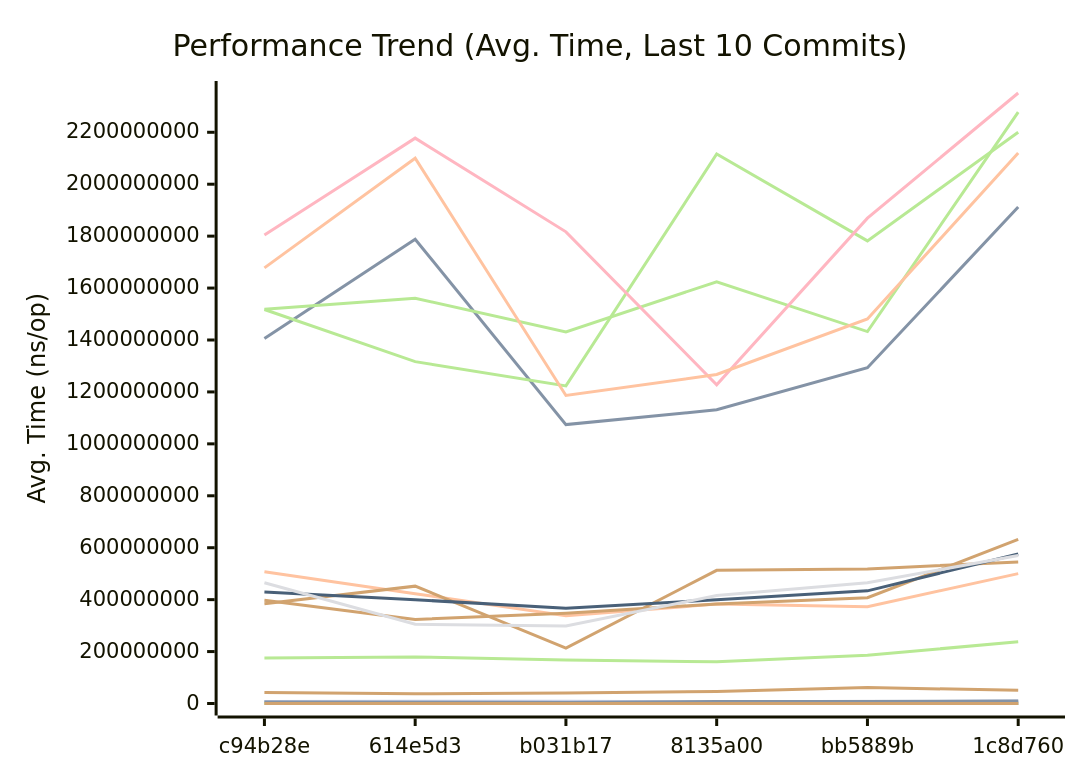
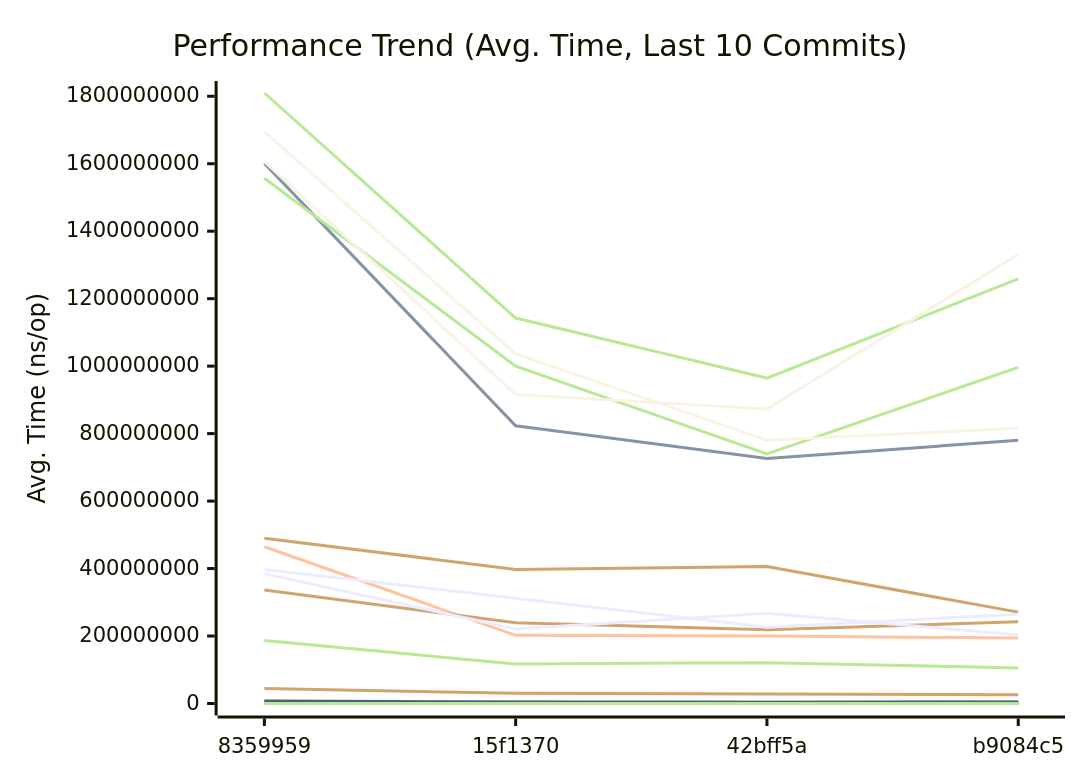
The first of 3 diagrams in docs/REFERENCE/PERFORMANCE.md (alsotoes/momo), drawn with Mermaid before and after one commit. The commit also changed other lines of this file and 3 other files, not shown here.

````diff
--- a/docs/REFERENCE/PERFORMANCE.md
+++ b/docs/REFERENCE/PERFORMANCE.md
@@ -303,53 +335,62 @@
 ```mermaid
 xychart-beta
     title "Performance Trend (Avg. Time, Last 10 Commits)"
     x-axis "Commit"
     y-axis "Avg. Time (ns/op)"
-    x-axis [c94b28e,614e5d3,b031b17,8135a00,bb5889b,1c8d760]
-    line "AdaptivePutBlob64KiB" [0,0,0,0,0,0,0,0,0,17]
-    line "AWSChunkedReaderSigned" [680259,833482,953309,627888,785988,1067684,922629,835570,548150,405170]
-    line "AWSChunkedReaderUnsigned" [889133,730853,858757,790951,977586,1009938,957235,977699,406537,398826]
-    line "CheckMetricsAndSwap" [17,10,13,15,17,19,19,15,11,8]
-    line "CrushOptimized" [685,798,468,532,465,1105,686,634,334,265]
-    line "CrushOriginal" [855,1268,698,834,795,4070,916,1020,434,366]
-    line "EtagMatches" [0,0,0,0,0,0,0,0,131,136]
-    line "EtagMatchesSplit" [0,0,0,0,0,0,0,0,258,199]
-    line "FormatListObjectsV2XML_AppendFormat" [1782191,1061116,1008647,1406590,1275364,2945065,1883129,1270213,1042577,433859]
-    line "FormatListObjectsV2XML_OldFormat" [907084,473930,533866,813796,870950,1231705,951687,744615,418249,322740]
-    line "HashBytes/1MiB" [5383828,7555000,5598473,4921734,5879995,7762528,6632796,6072494,3710346,3000269]
-    line "HashBytes/256MiB" [1405443275,1788061102,1074265335,1131266592,1293022873,1911922639,1864794800,1600838236,823282797,726614806]
-    line "HashBytes/64MiB" [507641214,422715939,338237103,382860244,372987075,500199690,515415655,464721050,202044522,200382060]
-    line "HashFile/1MiB" [5618671,6533318,4172609,6261739,5169082,7925836,7984742,6072545,3675098,2969187]
-    line "HashFile/256MiB" [1518211227,1560936348,1431277931,1624300639,1432425639,2277372507,1808278202,1557151244,1000066847,739685958]
-    line "HashFile/64MiB" [397822488,323633746,347435470,383484634,407202955,631755332,456982643,336180629,239489276,218262290]
-    line "IndexDirectTracking" [1,1,1,1,1,1,1,1,0,0]
-    line "IndexSearch" [5,4,4,4,5,5,5,4,3,1]
-    line "LastModifiedHeader_AppendFormat" [453,385,315,376,542,692,554,477,216,278]
-    line "LastModifiedHeader_Format" [635,526,444,488,574,945,740,531,268,229]
-    line "ListPartsTime_AppendFormat" [0,0,0,0,0,0,0,0,147,112]
-    line "ListPartsTime_Format" [0,0,0,0,0,0,0,0,228,131]
-    line "LoadGlobalConfig" [21404,21459,15616,14400,18548,33096,27395,21243,10008,7746]
-    line "LocalWrite/1MiB" [782921,673496,973167,928144,1116026,1101952,948941,944282,1010917,347300]
-    line "LocalWrite/256MiB" [175219427,179514948,167743774,160436947,185677716,237694458,201951766,186460606,117006503,121124511]
-    line "LocalWrite/64MiB" [42014368,37648886,40720206,46095057,61144515,51244002,47739884,44142497,30347924,28019036]
-    line "PadString" [86,67,85,80,88,254,130,105,43,37]
-    line "ParseAWSChunkHeader" [0,0,0,0,0,0,0,0,60,48]
+    x-axis [8359959,15f1370,42bff5a,b9084c5]
+    line "AdaptivePutBlob64KiB" [0,0,17,11,14,14,17,2,0,15]
+    line "AWSChunkedReaderSigned" [835570,548150,405170,491416,498672,442773,430592,417063,570105,564283]
+    line "AWSChunkedReaderUnsigned" [977699,406537,398826,461568,451388,492050,411358,443710,464364,521277]
+    line "CheckMetricsAndSwap" [15,11,8,9,10,10,9,8,10,11]
+    line "CrushOptimized" [634,334,265,292,400,336,344,308,537,421]
+    line "CrushOriginal" [1020,434,366,438,496,496,428,403,708,532]
+    line "EtagMatches" [0,131,136,136,140,163,124,126,149,190]
+    line "EtagMatchesSplit" [0,258,199,258,242,236,222,252,250,342]
+    line "FormatListObjectsV2XML_AppendFormat" [1270213,1042577,433859,661678,756413,554380,514051,493197,594526,786967]
+    line "FormatListObjectsV2XML_OldFormat" [744615,418249,322740,431853,415522,375614,353709,349122,433751,478576]
+    line "HashBytes/1MiB" [6072494,3710346,3000269,3524523,4375127,4746296,2885465,3263197,3959135,4101095]
+    line "HashBytes/256MiB" [1600838236,823282797,726614806,780063614,1024959183,969970227,960250564,764665642,940748052,1164488183]
+    line "HashBytes/64MiB" [464721050,202044522,200382060,194053876,285996622,217000263,208138371,213360215,236266919,295328301]
+    line "HashFile/1MiB" [6072545,3675098,2969187,3903427,4916313,3947332,3448696,3561886,4192890,3490477]
+    line "HashFile/256MiB" [1557151244,1000066847,739685958,996414790,790951710,1027044743,940365736,818876196,963128556,1050074278]
+    line "HashFile/64MiB" [336180629,239489276,218262290,242609956,266520347,247083013,266290769,207364669,259053814,300801342]
+    line "IndexDirectTracking" [1,0,0,0,0,0,0,0,0,0]
+    line "IndexSearch" [4,3,1,3,3,3,3,3,3,4]
+    line "LastModifiedHeader_AppendFormat" [477,216,278,259,237,238,183,207,232,275]
+    line "LastModifiedHeader_Format" [531,268,229,299,300,268,257,271,281,334]
+    line "ListPartsTime_AppendFormat" [0,147,112,161,128,140,132,124,159,145]
+    line "ListPartsTime_Format" [0,228,131,179,179,164,148,145,162,212]
+    line "LoadGlobalConfig" [21243,10008,7746,9289,10909,9544,9337,9177,13559,12150]
+    line "LocalWrite/1MiB" [944282,1010917,347300,439293,526356,459321,409512,486550,767426,599637]
+    line "LocalWrite/256MiB" [186460606,117006503,121124511,105548151,120360407,107903293,113612827,116258696,107295564,118204398]
+    line "LocalWrite/64MiB" [44142497,30347924,28019036,25671836,27703766,26056870,35220548,25697655,32058354,30327796]
+    line "PadString" [105,43,37,47,46,48,42,41,52,56]
+    line "ParseACLResource_IndexByte" [0,0,0,11,15,13,13,14,14,14]
+    line "ParseACLResource_Split" [0,0,0,12,15,13,10,15,11,15]
+    line "ParseAWSChunkHeader" [0,60,48,58,51,52,45,46,55,61]
+    line "ParseChecksum" [0,0,0,0,422,456,459,420,387,557]
+    line "ParseChecksumDynamicBaseline" [0,0,0,0,1068,1121,919,974,1258,1167]
     line "ParseReplicationOrder_NoPrealloc" [350,349,357,354,345,225,229,165,232,234]
     line "ParseReplicationOrder_Prealloc" [229,231,237,234,229,108,107,80,110,109]
-    line "PheromoneSelectReplica" [0,0,0,0,0,0,0,0,147,100]
-    line "Placement" [11321,10377,7200,8789,8100,27755,9688,11354,4955,4184]
-    line "PlacementDomainSpread" [11792,9468,8229,9655,8934,18491,11295,11204,5022,4314]
-    line "ReadVerify/1MiB" [5670392,7713170,4757418,5869903,8481402,7559053,7811454,5644733,3327797,4498182]
-    line "ReadVerify/256MiB" [1517577657,1316685724,1223335569,2116170500,1781612989,2200381287,1884111924,1695229855,1036046699,780597293]
-    line "ReadVerify/64MiB" [383828668,451931212,213251291,512922822,518387680,545034562,507474576,384974247,220829241,267156263]
-    line "S3PutSpool/1MiB" [7822144,8408058,8591213,6157166,6498512,9327955,8640777,6831278,5035437,4581575]
-    line "S3PutSpool/256MiB" [1803968295,2177507350,1816522977,1227464198,1869122530,2351294741,2169231306,1809657163,1142651067,964616587]
-    line "S3PutSpool/64MiB" [429216770,399626051,367182715,399702230,433842837,576056595,569773006,490049884,397469794,405975024]
-    line "SanitizeLog/Safe" [428,331,547,453,464,721,570,552,226,209]
-    line "SanitizeLog/Unsafe" [1405,1260,1471,1234,1310,2660,1976,1462,820,505]
-    line "TrustedRead/1MiB" [5650216,4830214,4254033,7751297,7357692,9625274,8251662,7395052,4596938,3107216]
-    line "TrustedRead/256MiB" [1677679418,2100324369,1186508654,1267006234,1480761171,2120164443,2079407950,1606816652,915715493,873252194]
-    line "TrustedRead/64MiB" [465018339,305338723,298647819,415837736,464687610,569925858,539820546,397487249,311974463,226161143]
-    line "VolumeGetBlob64KiB" [0,0,0,0,0,0,0,0,0,17]
-    line "VolumePutBlob64KiB" [0,0,0,0,0,0,0,0,0,17]
+    line "PheromoneSelectReplica" [0,147,100,126,142,138,128,120,142,143]
+    line "PickShedTarget" [0,0,0,0,1816,1720,1665,1536,1735,1747]
+    line "Placement" [11354,4955,4184,4762,6056,5033,4727,4693,6890,6104]
+    line "PlacementDomainSpread" [11204,5022,4314,5679,5795,5475,5036,4732,6842,6664]
+    line "ReadVerify/1MiB" [5644733,3327797,4498182,3101042,3485862,4317772,3422384,4738482,4522598,4632187]
+    line "ReadVerify/256MiB" [1695229855,1036046699,780597293,815690354,1073247430,969819791,941363504,1027502198,952099852,902837338]
+    line "ReadVerify/64MiB" [384974247,220829241,267156263,203319126,261147241,297291525,224149048,284070728,216914778,284768540]
+    line "RebalanceCycle/blobs=100" [0,0,0,0,14,14,17,2,0,15]
+    line "RebalanceCycle/blobs=1000" [0,0,0,0,14,14,17,2,0,15]
+    line "S3PutSpool/1MiB" [6831278,5035437,4581575,4698909,3882087,3964066,3436747,4689509,4387607,5005371]
+    line "S3PutSpool/256MiB" [1809657163,1142651067,964616587,1258493581,1186248512,1064203667,1003125992,1365636850,1104904276,1356178526]
+    line "S3PutSpool/64MiB" [490049884,397469794,405975024,270841111,273742593,336170503,255939705,280357457,272641808,331065774]
+    line "SanitizeLog/Safe" [552,226,209,232,266,301,214,216,270,342]
+    line "SanitizeLog/Unsafe" [1462,820,505,674,739,757,598,778,843,889]
+    line "TrustedRead/1MiB" [7395052,4596938,3107216,4558682,5041465,4592184,3640041,4036530,5053123,3758586]
+    line "TrustedRead/256MiB" [1606816652,915715493,873252194,1331059181,989203582,1043718914,1004362597,1114930363,1012801001,1099785718]
+    line "TrustedRead/64MiB" [397487249,311974463,226161143,264425803,278622311,268179003,224845504,255128320,304495205,235086576]
+    line "VolumeGetBlob64KiB" [0,0,17,11,14,14,17,2,0,15]
+    line "VolumePutBlob64KiB" [0,0,17,11,14,14,17,2,0,15]
+    line "WriteThrottled/throttled-10Gbps" [0,0,0,0,738907,738939,738869,738881,738948,738907]
+    line "WriteThrottled/unlimited" [0,0,0,0,6,6,6,5,6,6]
 ```
````
